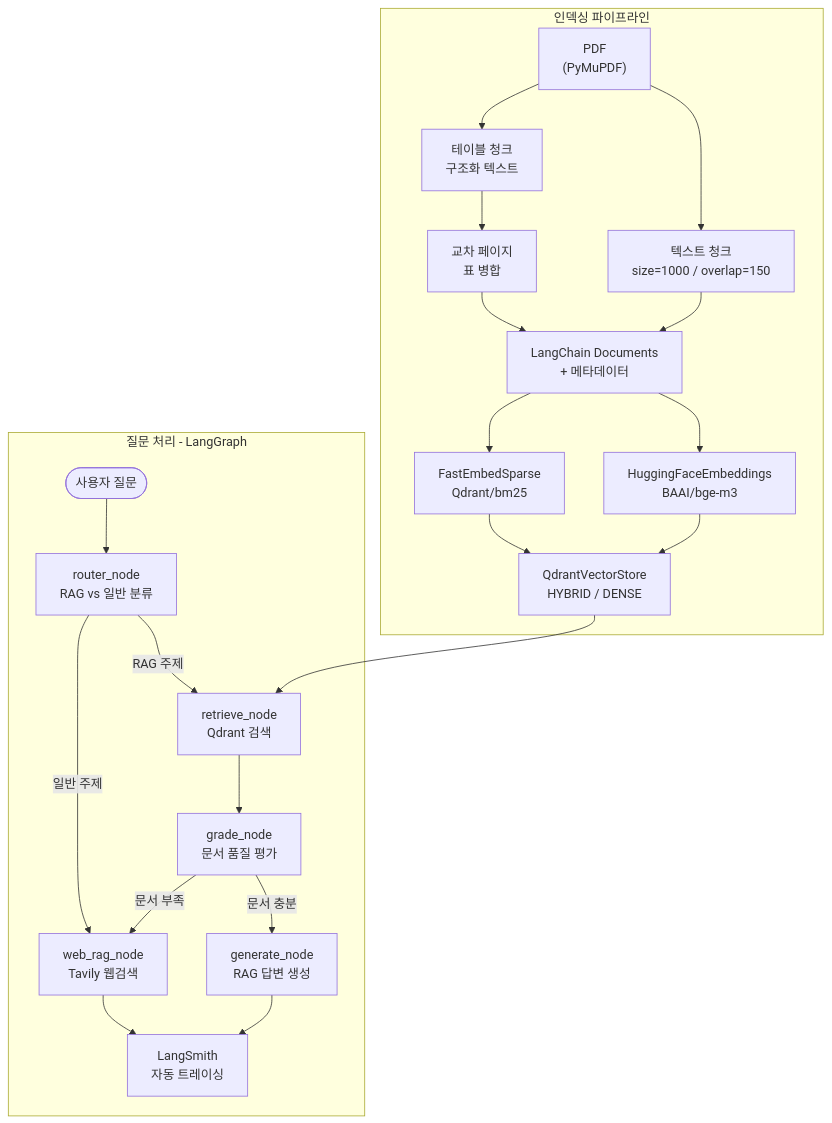
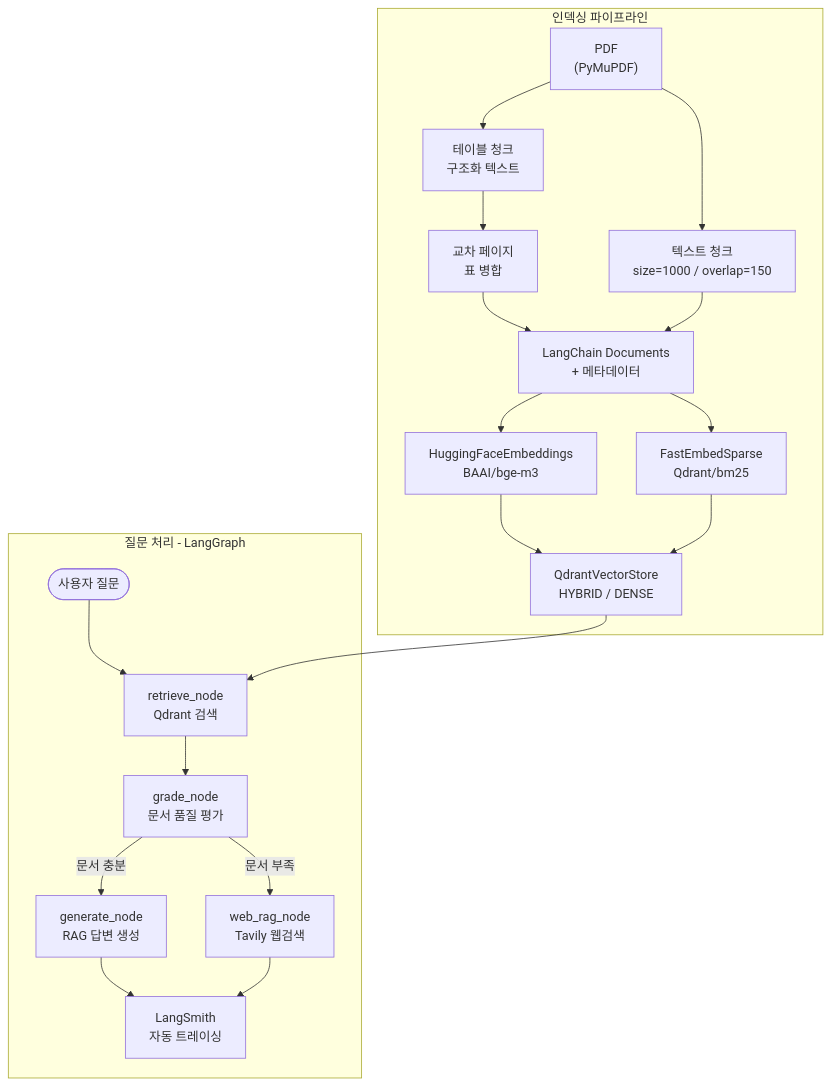
Before and after one commit to kim-jang-hyun/table_rag: the first of 2 diagrams in README.md, drawn with Mermaid. The commit also changed other lines of this file and 5 other files, not shown here.

````diff
--- a/README.md
+++ b/README.md
@@ -106,36 +106,33 @@
 ```mermaid
 flowchart TD
     subgraph ingest [인덱싱 파이프라인]
         PDF["PDF\n(PyMuPDF)"]
         TextChunk["텍스트 청크\nsize=1000 / overlap=150"]
         TableChunk["테이블 청크\n구조화 텍스트"]
         Merge["교차 페이지\n표 병합"]
         LCDoc["LangChain Documents\n+ 메타데이터"]
         Dense["HuggingFaceEmbeddings\nBAAI/bge-m3"]
         Sparse["FastEmbedSparse\nQdrant/bm25"]
         Qdrant["QdrantVectorStore\nHYBRID / DENSE"]
     end
 
     subgraph agent [질문 처리 - LangGraph]
         UserQ([사용자 질문])
-        Router["router_node\nRAG vs 일반 분류"]
         Retrieve["retrieve_node\nQdrant 검색"]
         Grade["grade_node\n문서 품질 평가"]
         Generate["generate_node\nRAG 답변 생성"]
         WebRAG["web_rag_node\nTavily 웹검색"]
         LangSmith["LangSmith\n자동 트레이싱"]
     end
 
     PDF --> TextChunk & TableChunk
     TableChunk --> Merge --> LCDoc
     TextChunk --> LCDoc
     LCDoc --> Dense & Sparse --> Qdrant
 
-    UserQ --> Router
-    Router -->|"RAG 주제"| Retrieve --> Grade
-    Router -->|"일반 주제"| WebRAG
+    UserQ --> Retrieve --> Grade
     Grade -->|"문서 충분"| Generate
     Grade -->|"문서 부족"| WebRAG
     Qdrant --> Retrieve
     Generate & WebRAG --> LangSmith
 ```
````
